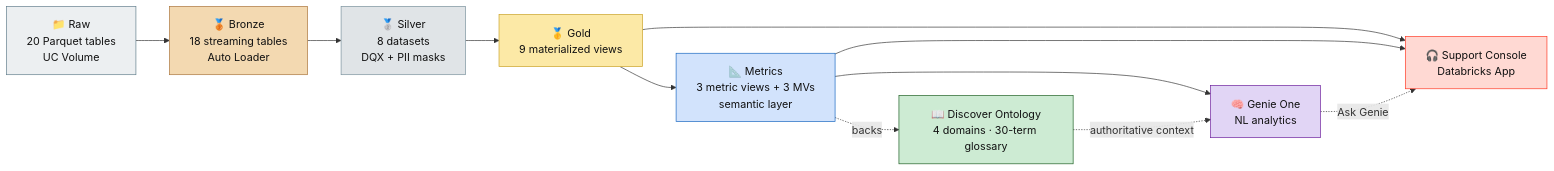
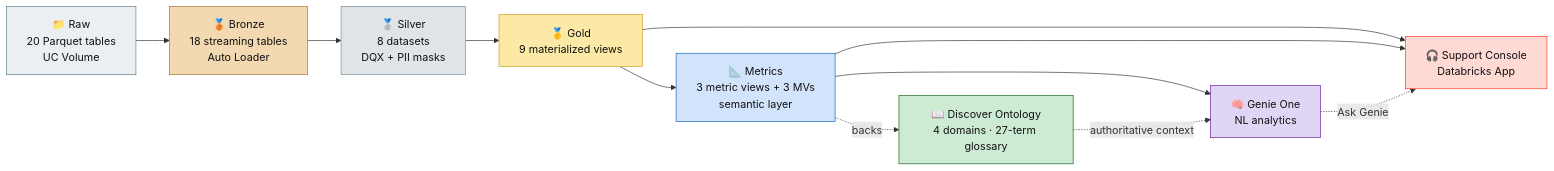
The first of 3 diagrams in README.md (gurpreetseth-db/DQ_UC_Ontology), drawn with Mermaid before and after one commit. The commit also changed other lines of this file and 13 other files, not shown here.

Commit message:
Added parameterised catalog and schema

````diff
--- a/README.md
+++ b/README.md
@@ -10,30 +10,30 @@
 ```mermaid
 flowchart LR
     RAW["📁 Raw<br/>20 Parquet tables<br/>UC Volume"] --> BRZ["🥉 Bronze<br/>18 streaming tables<br/>Auto Loader"]
     BRZ --> SLV["🥈 Silver<br/>8 datasets<br/>DQX + PII masks"]
     SLV --> GLD["🥇 Gold<br/>9 materialized views"]
     GLD --> MET["📐 Metrics<br/>3 metric views + 3 MVs<br/>semantic layer"]
     MET --> GEN["🧠 Genie One<br/>NL analytics"]
     GLD --> APP["🎧 Support Console<br/>Databricks App"]
     MET --> APP
     GEN -. "Ask Genie" .-> APP
-    ONT["📖 Discover Ontology<br/>4 domains · 30-term glossary"] -. "authoritative context" .-> GEN
+    ONT["📖 Discover Ontology<br/>4 domains · 27-term glossary"] -. "authoritative context" .-> GEN
     MET -. "backs" .-> ONT
 
     classDef raw fill:#ECEFF1,stroke:#607D8B,color:#111
     classDef bronze fill:#F3D9B1,stroke:#A9743B,color:#111
     classDef silver fill:#E0E4E7,stroke:#78909C,color:#111
     classDef gold fill:#FCE9A6,stroke:#C9A227,color:#111
     classDef metrics fill:#D2E3FC,stroke:#1565C0,color:#111
     classDef genie fill:#E1D5F5,stroke:#6A1B9A,color:#111
     classDef onto fill:#CDEBD3,stroke:#1B5E20,color:#111
     classDef app fill:#FFD9D3,stroke:#FF3621,color:#111
     class RAW raw
     class BRZ bronze
     class SLV silver
     class GLD gold
     class MET metrics
     class GEN genie
     class ONT onto
     class APP app
 ```
````
